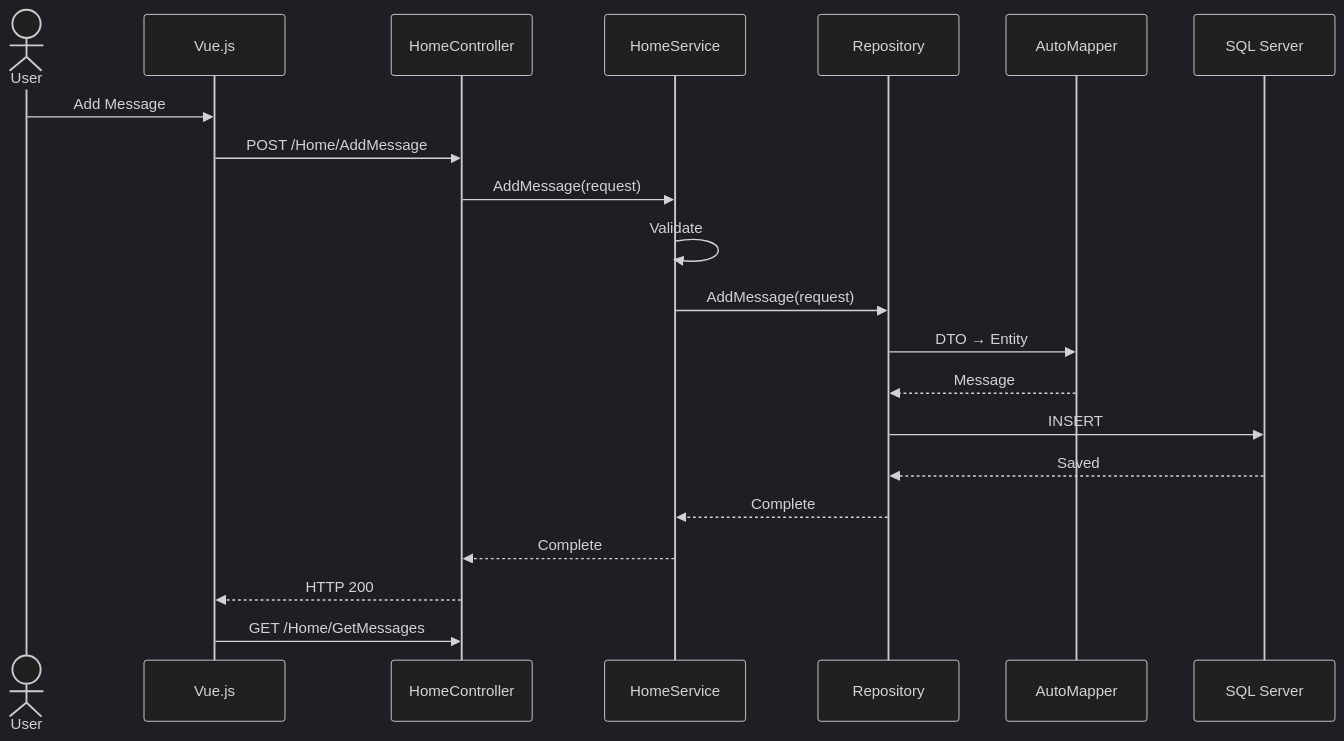
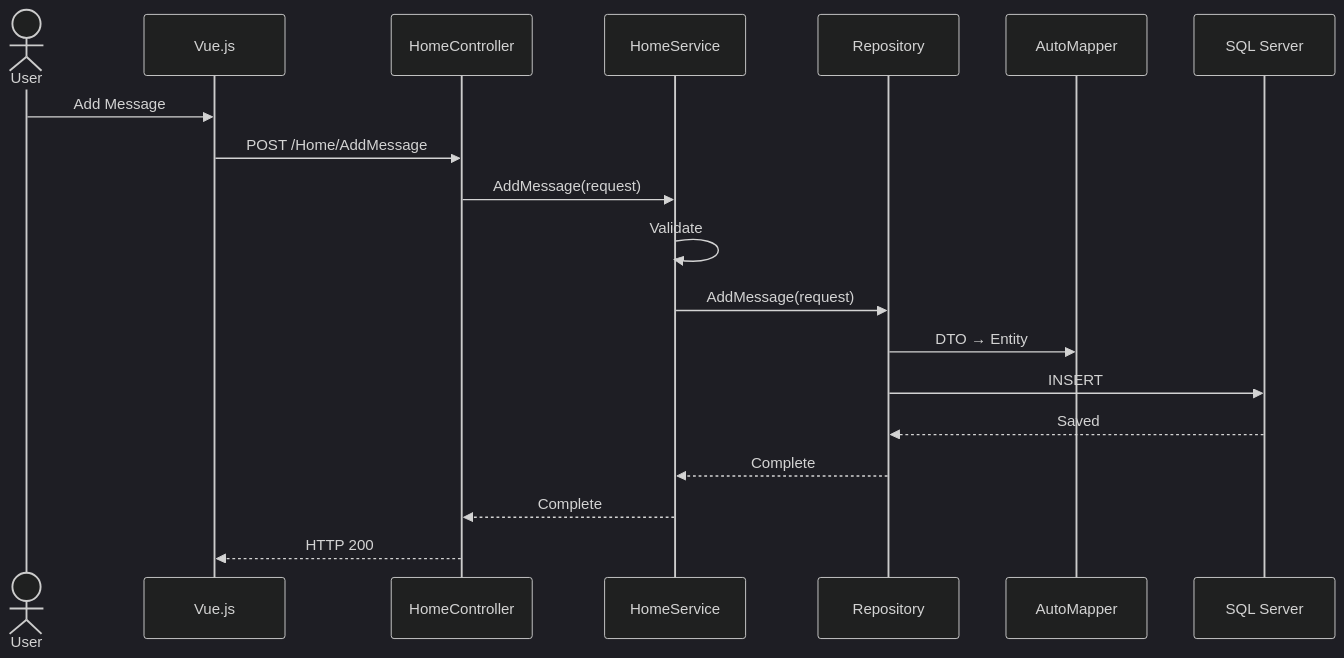
Before and after one commit to lemonwasp/dotnet-study: the third of 5 diagrams in README.md, drawn with Mermaid (dark theme). The commit also changed other lines of this file, not shown here.

````diff
--- a/README.md
+++ b/README.md
@@ -381,29 +258,22 @@
 ```mermaid
 sequenceDiagram
     actor User
     participant Vue as Vue.js
     participant Controller as HomeController
     participant Service as HomeService
     participant Repository as Repository
     participant Mapper as AutoMapper
     participant DB as SQL Server
 
     User->>Vue: Add Message
     Vue->>Controller: POST /Home/AddMessage
-
     Controller->>Service: AddMessage(request)
     Service->>Service: Validate
-
     Service->>Repository: AddMessage(request)
     Repository->>Mapper: DTO → Entity
-    Mapper-->>Repository: Message
-
     Repository->>DB: INSERT
     DB-->>Repository: Saved
-
     Repository-->>Service: Complete
     Service-->>Controller: Complete
     Controller-->>Vue: HTTP 200
-
-    Vue->>Controller: GET /Home/GetMessages
 ```
````
